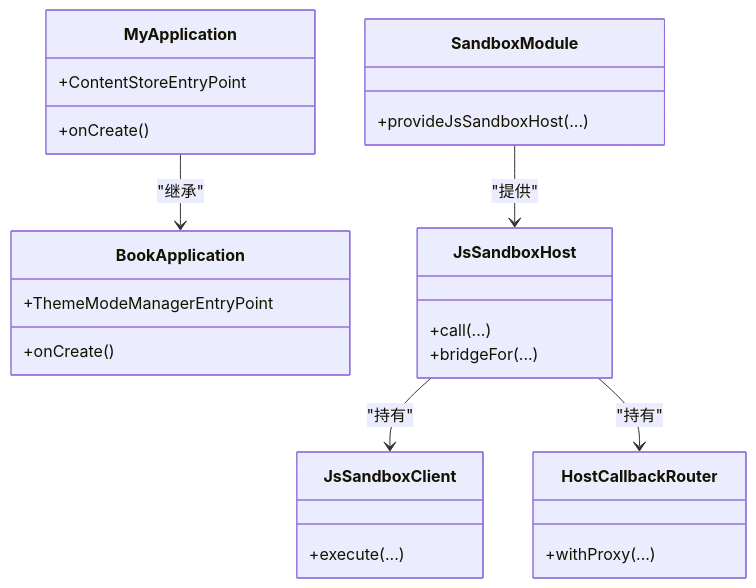
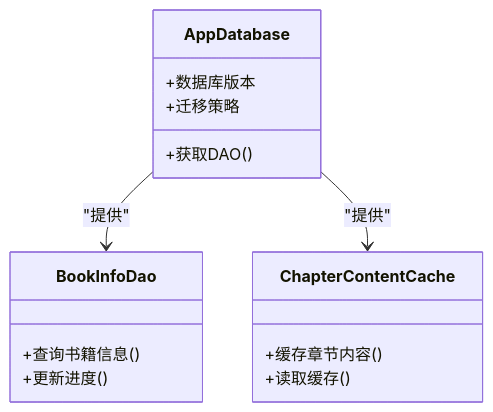
One commit to xrn1997/android-ebook changed the fifth of 10 diagrams in .qoder/repowiki/zh/content/架构设计/架构设计.md. Above: the diagram before and after it, drawn with Mermaid. The commit also changed other lines of this file and 456 other files, not shown here.

````diff
--- a/.qoder/repowiki/zh/content/架构设计/架构设计.md
+++ b/.qoder/repowiki/zh/content/架构设计/架构设计.md
@@ -194,29 +209,18 @@
 ```mermaid
 classDiagram
-    class MyApplication {
-        +onCreate()
-        +ContentStoreEntryPoint
+    class AppDatabase {
+        +数据库版本
+        +迁移策略
+        +获取DAO()
     }
-    class BookApplication {
-        +onCreate()
-        +ThemeModeManagerEntryPoint
+    class BookInfoDao {
+        +查询书籍信息()
+        +更新进度()
     }
-    class SandboxModule {
-        +provideJsSandboxHost(...)
+    class ChapterContentCache {
+        +缓存章节内容()
+        +读取缓存()
     }
-    class JsSandboxHost {
-        +call(...)
-        +bridgeFor(...)
-    }
-    class JsSandboxClient {
-        +execute(...)
-    }
-    class HostCallbackRouter {
-        +withProxy(...)
-    }
-
-    MyApplication --> BookApplication : "继承"
-    SandboxModule --> JsSandboxHost : "提供"
-    JsSandboxHost --> JsSandboxClient : "持有"
-    JsSandboxHost --> HostCallbackRouter : "持有"
+    AppDatabase --> BookInfoDao : "提供"
+    AppDatabase --> ChapterContentCache : "提供"
 ```
````
